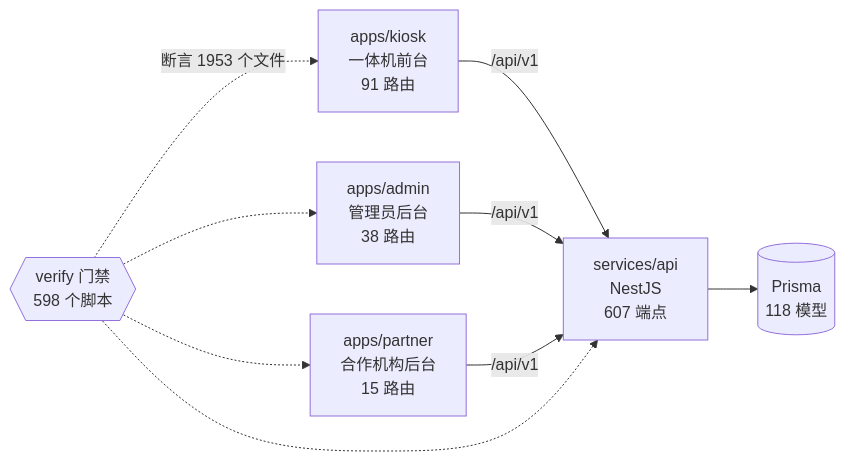
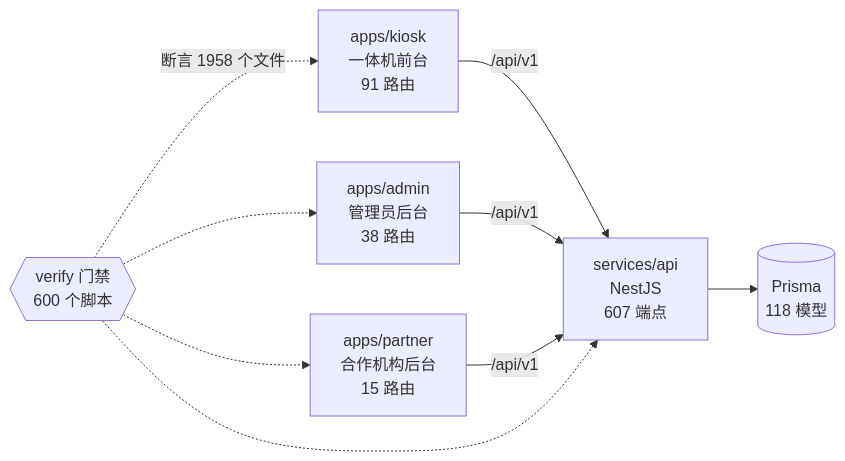
One commit to wanglei581/YITIJI changed the diagram in docs/graph/README.md. Above: the diagram before and after it, drawn with Mermaid. The commit also changed other lines of this file and 2 other files, not shown here.

Commit message:
docs(graph): 批量合入后重出项目图谱

````diff
--- a/docs/graph/README.md
+++ b/docs/graph/README.md
@@ -68,18 +68,18 @@
 ```mermaid
 flowchart LR
   kiosk["apps/kiosk<br/>一体机前台<br/>91 路由"]
   admin["apps/admin<br/>管理员后台<br/>38 路由"]
   partner["apps/partner<br/>合作机构后台<br/>15 路由"]
   api["services/api<br/>NestJS<br/>607 端点"]
   db[("Prisma<br/>118 模型")]
-  gates{{"verify 门禁<br/>598 个脚本"}}
+  gates{{"verify 门禁<br/>600 个脚本"}}
 
   kiosk -->|"/api/v1"| api
   admin -->|"/api/v1"| api
   partner -->|"/api/v1"| api
   api --> db
-  gates -.->|"断言 1953 个文件"| kiosk
+  gates -.->|"断言 1958 个文件"| kiosk
   gates -.-> admin
   gates -.-> partner
   gates -.-> api
 ```
````
